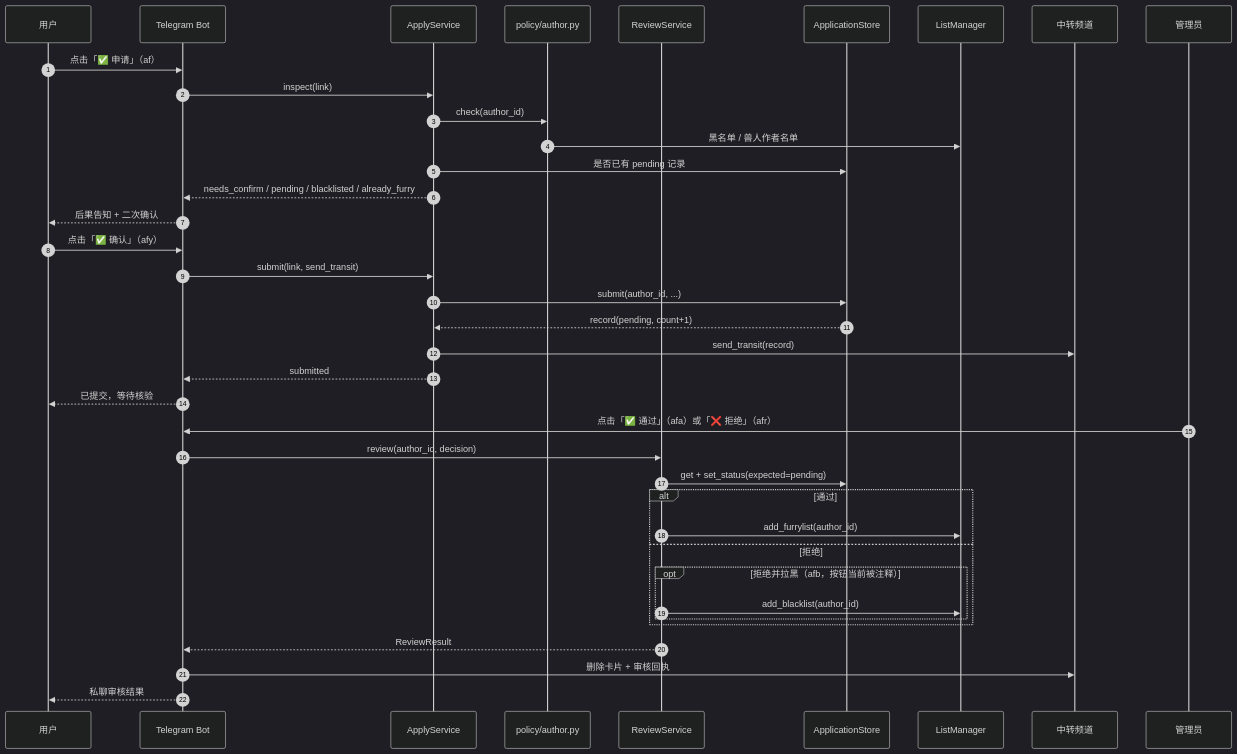
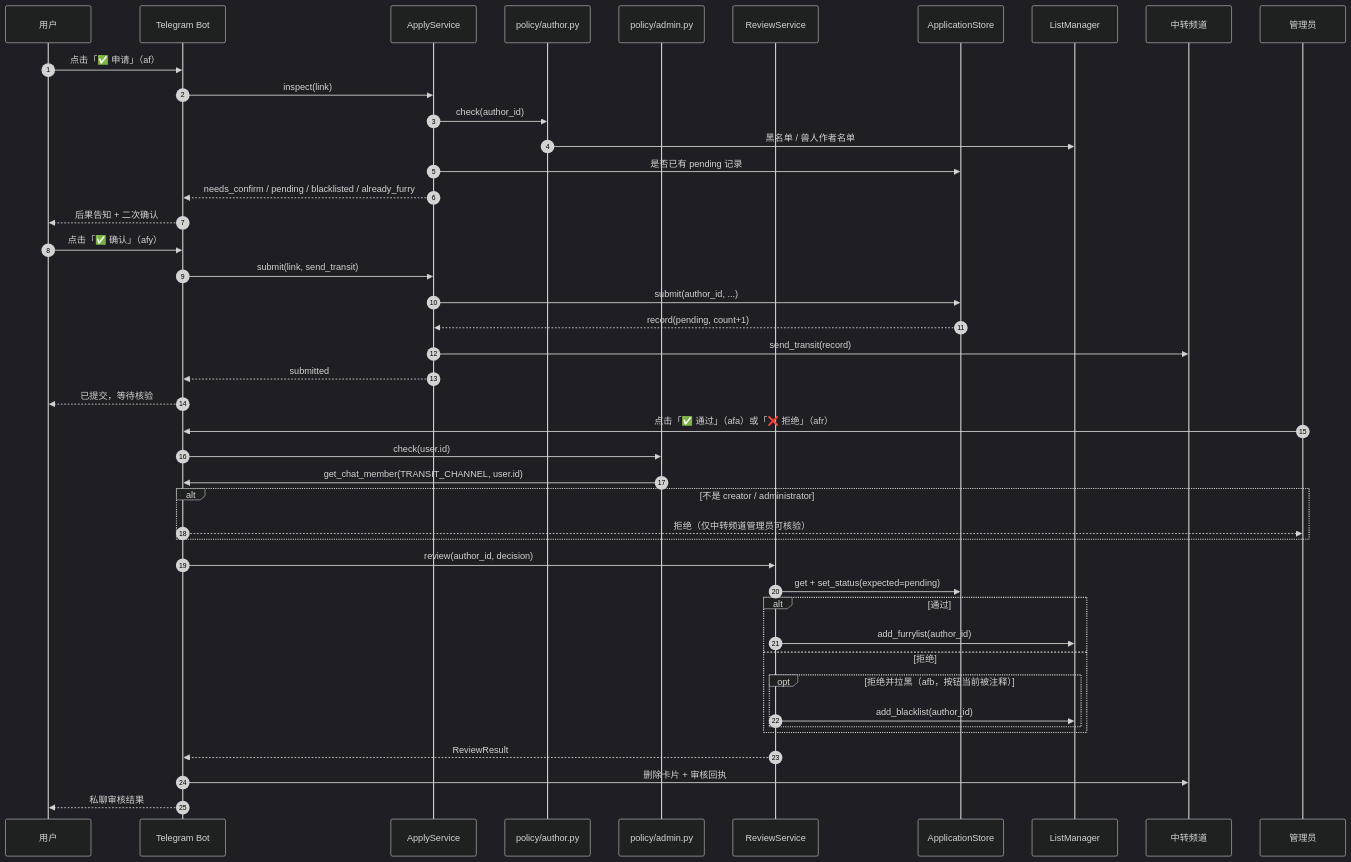
The second of 3 diagrams in docs/05-运行时序.md (DowneyRem/FurryReadingBot), drawn with Mermaid (dark theme) before and after one commit. The commit also changed other lines of this file and 5 other files, not shown here.

````diff
--- a/docs/05-运行时序.md
+++ b/docs/05-运行时序.md
@@ -83,45 +83,51 @@
 ```mermaid
 sequenceDiagram
     autonumber
     participant user as 用户
     participant telegramBot as Telegram Bot
     participant applyService as ApplyService
     participant authorPolicy as policy/author.py
+    participant adminPolicy as policy/admin.py
     participant reviewService as ReviewService
     participant applications as ApplicationStore
     participant listManager as ListManager
     participant transit as 中转频道
     participant admin as 管理员
 
     user->>telegramBot: 点击「✅ 申请」（af）
     telegramBot->>applyService: inspect(link)
     applyService->>authorPolicy: check(author_id)
     authorPolicy->>listManager: 黑名单 / 兽人作者名单
     applyService->>applications: 是否已有 pending 记录
     applyService-->>telegramBot: needs_confirm / pending / blacklisted / already_furry
     telegramBot-->>user: 后果告知 + 二次确认
 
     user->>telegramBot: 点击「✅ 确认」（afy）
     telegramBot->>applyService: submit(link, send_transit)
     applyService->>applications: submit(author_id, ...)
     applications-->>applyService: record(pending, count+1)
     applyService->>transit: send_transit(record)
     applyService-->>telegramBot: submitted
     telegramBot-->>user: 已提交，等待核验
 
     admin->>telegramBot: 点击「✅ 通过」（afa）或「❌ 拒绝」（afr）
+    telegramBot->>adminPolicy: check(user.id)
+    adminPolicy->>telegramBot: get_chat_member(TRANSIT_CHANNEL, user.id)
+    alt 不是 creator / administrator
+        telegramBot-->>admin: 拒绝（仅中转频道管理员可核验）
+    end
     telegramBot->>reviewService: review(author_id, decision)
     reviewService->>applications: get + set_status(expected=pending)
 
     alt 通过
         reviewService->>listManager: add_furrylist(author_id)
     else 拒绝
         opt 拒绝并拉黑（afb，按钮当前被注释）
             reviewService->>listManager: add_blacklist(author_id)
         end
     end
 
     reviewService-->>telegramBot: ReviewResult
     telegramBot->>transit: 删除卡片 + 审核回执
     telegramBot-->>user: 私聊审核结果
 ```
````
